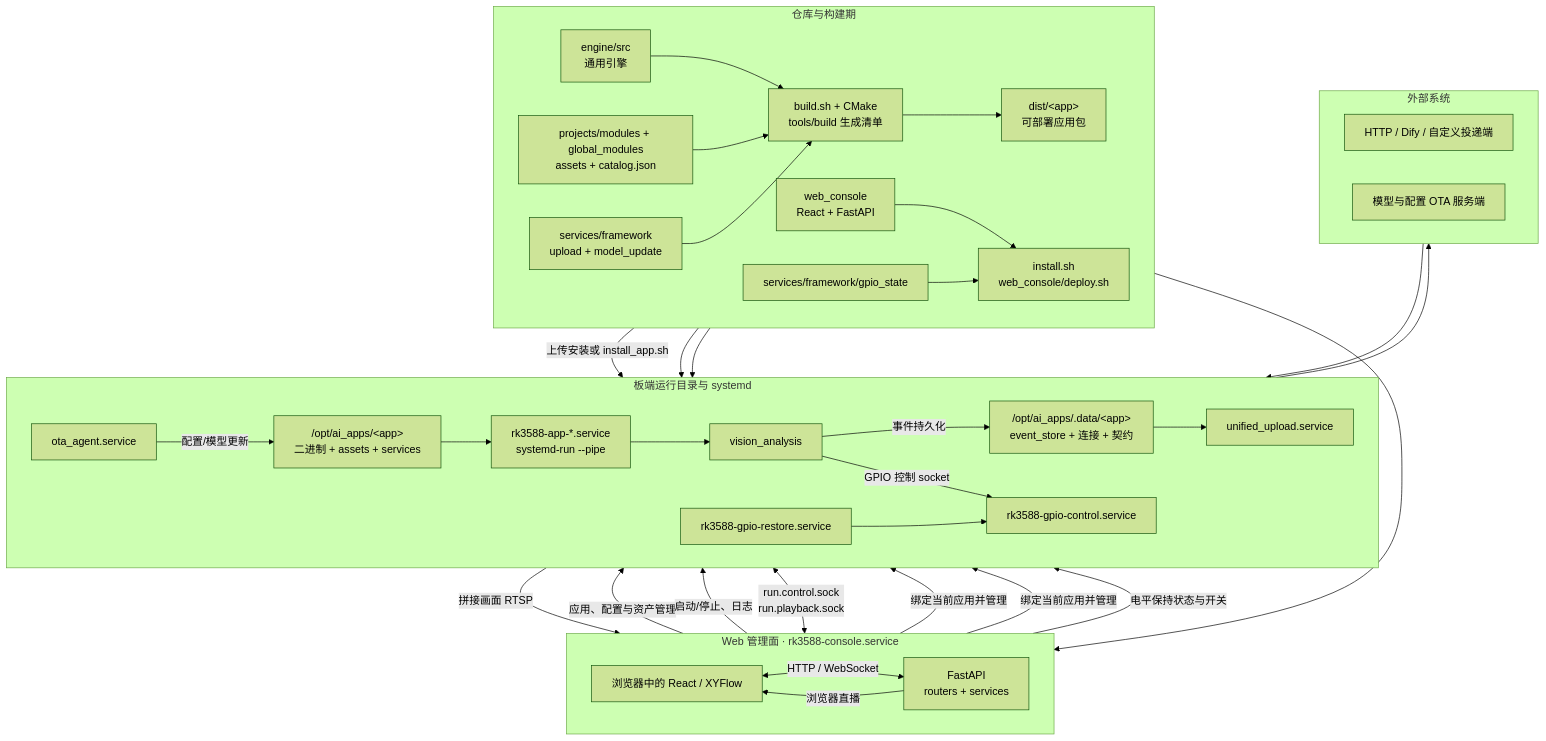
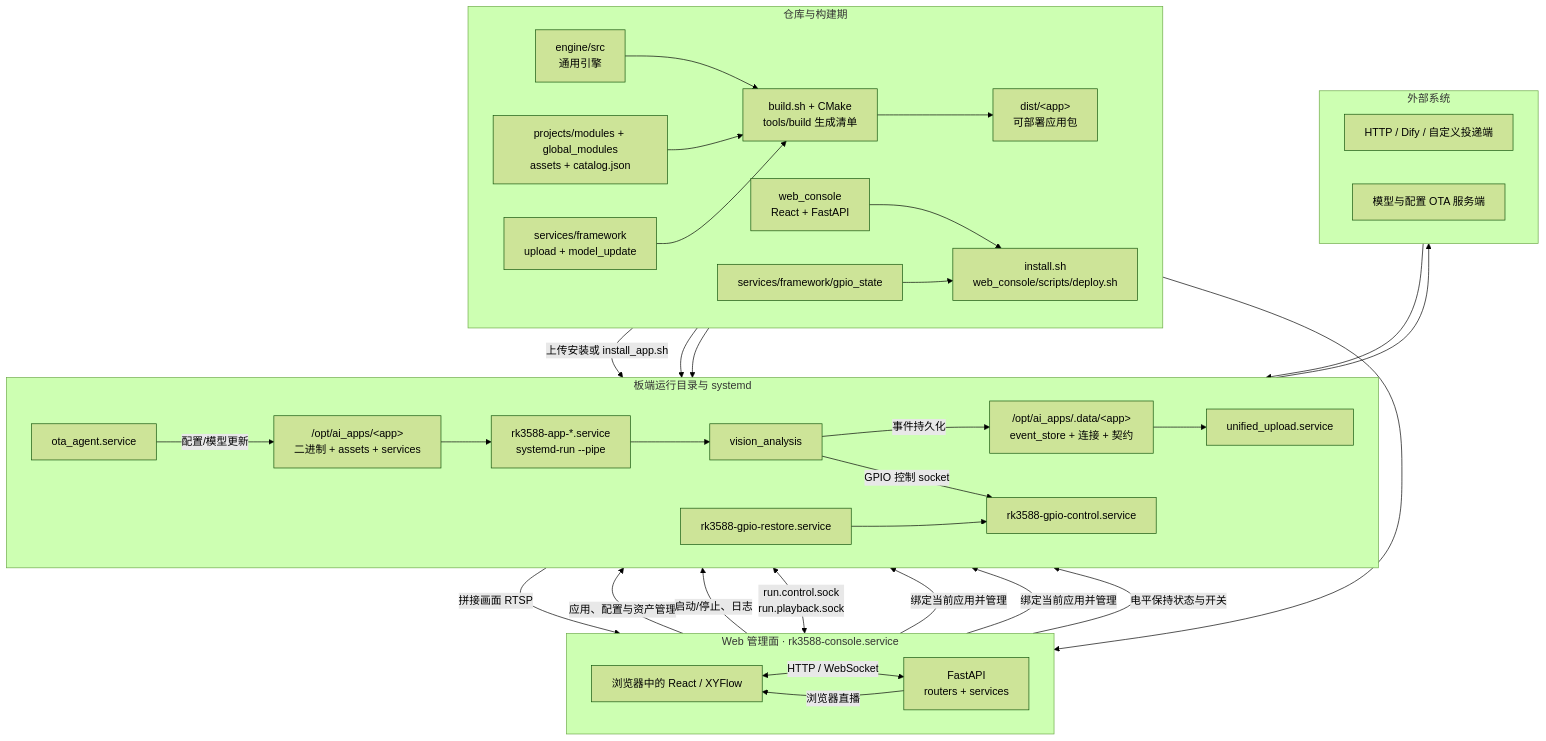
Before and after one commit to LaoWei2001/rk3588_visual_analysis_framework: the first of 2 diagrams in docs/guides/project-guide.md, drawn with Mermaid (forest theme). The commit also changed other lines of this file and 195 other files, not shown here.

````diff
--- a/docs/guides/project-guide.md
+++ b/docs/guides/project-guide.md
@@ -29,67 +29,67 @@
 ```mermaid
 flowchart TB
     subgraph Build[仓库与构建期]
         direction LR
         EngineSrc[engine/src<br/>通用引擎]
         ProjectSrc[projects/modules + global_modules<br/>assets + catalog.json]
         AppServices[services/framework<br/>upload + model_update]
         Builder[build.sh + CMake<br/>tools/build 生成清单]
         Package[dist/&lt;app&gt;<br/>可部署应用包]
         WebSource[web_console<br/>React + FastAPI]
         GpioSource[services/framework/gpio_state]
-        PlatformInstall[install.sh<br/>web_console/deploy.sh]
+        PlatformInstall[install.sh<br/>web_console/scripts/deploy.sh]
         EngineSrc --> Builder
         ProjectSrc --> Builder
         AppServices --> Builder
         Builder --> Package
         WebSource --> PlatformInstall
         GpioSource --> PlatformInstall
     end
 
     subgraph Console[Web 管理面 · rk3588-console.service]
         direction LR
         Browser[浏览器中的 React / XYFlow]
         Backend[FastAPI<br/>routers + services]
         Browser <-->|HTTP / WebSocket| Backend
     end
 
     subgraph Device[板端运行目录与 systemd]
         direction LR
         AppDir["/opt/ai_apps/&lt;app&gt;<br/>二进制 + assets + services"]
         AppUnit[rk3588-app-*.service<br/>systemd-run --pipe]
         Vision[vision_analysis]
         DataDir["/opt/ai_apps/.data/&lt;app&gt;<br/>event_store + 连接 + 契约"]
         UploadUnit[unified_upload.service]
         OtaUnit[ota_agent.service]
         GpioControl[rk3588-gpio-control.service]
         GpioRestore[rk3588-gpio-restore.service]
 
         AppDir --> AppUnit --> Vision
         Vision -->|事件持久化| DataDir
         DataDir --> UploadUnit
         OtaUnit -->|配置/模型更新| AppDir
     end
 
     subgraph External[外部系统]
         direction LR
         Delivery[HTTP / Dify / 自定义投递端]
         OtaServer[模型与配置 OTA 服务端]
     end
 
     Package -->|上传安装或 install_app.sh| AppDir
     PlatformInstall --> Backend
     PlatformInstall --> GpioControl
     PlatformInstall --> GpioRestore
     Backend -->|应用、配置与资产管理| AppDir
     Backend -->|启动/停止、日志| AppUnit
     Backend <-->|run.control.sock<br/>run.playback.sock| Vision
     Backend -->|绑定当前应用并管理| UploadUnit
     Backend -->|绑定当前应用并管理| OtaUnit
     Backend -->|电平保持状态与开关| GpioRestore
     GpioRestore --> GpioControl
     Vision -->|GPIO 控制 socket| GpioControl
     Vision -->|拼接画面 RTSP| Backend
     Backend -->|浏览器直播| Browser
     UploadUnit --> Delivery
     OtaServer --> OtaUnit
 ```
````
